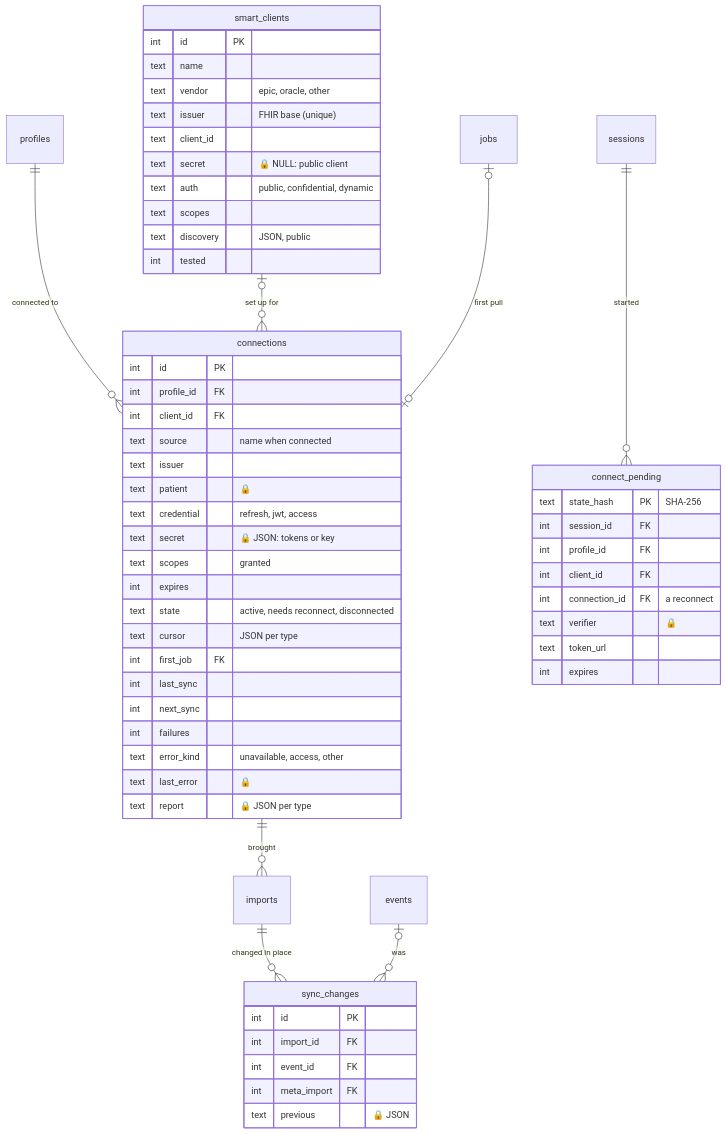
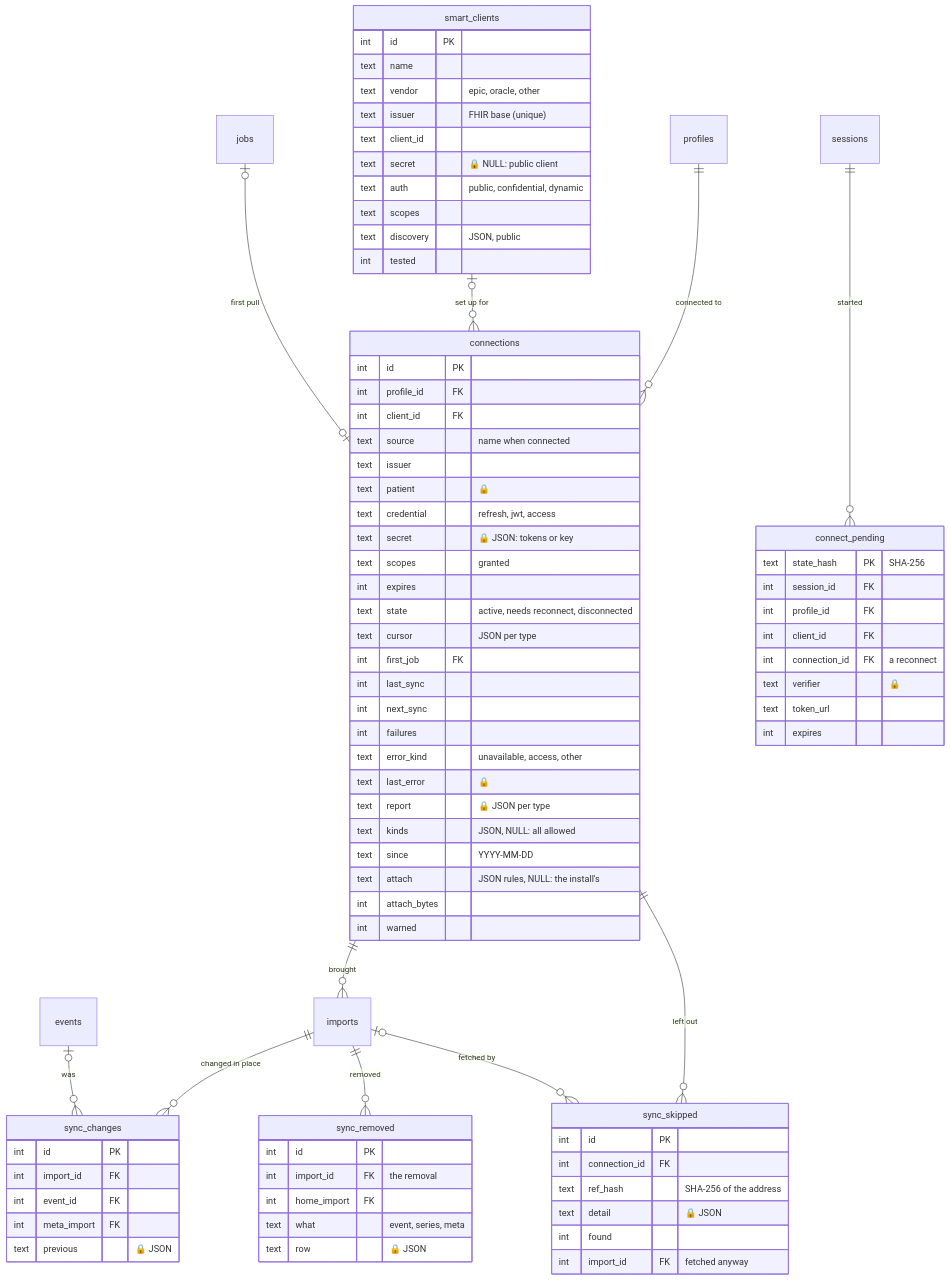
One commit to sanguity/sanguity changed the fifth of 6 diagrams in docs/database.md. Above: the diagram before and after it, drawn with Mermaid. The commit also changed other lines of this file and 21 other files, not shown here.

```diff
--- a/docs/database.md
+++ b/docs/database.md
@@ -336,6 +356,9 @@
     smart_clients |o--o{ connections : "set up for"
     connections ||--o{ imports : "brought"
     imports ||--o{ sync_changes : "changed in place"
+    connections ||--o{ sync_skipped : "left out"
+    imports |o--o{ sync_skipped : "fetched by"
+    imports ||--o{ sync_removed : "removed"
     events |o--o{ sync_changes : "was"
     sessions ||--o{ connect_pending : "started"
     jobs |o--o| connections : "first pull"
@@ -372,6 +395,26 @@
         text error_kind "unavailable, access, other"
         text last_error "🔒"
         text report "🔒 JSON per type"
+        text kinds "JSON, NULL: all allowed"
+        text since "YYYY-MM-DD"
+        text attach "JSON rules, NULL: the install's"
+        int attach_bytes
+        int warned
+    }
+    sync_skipped {
+        int id PK
+        int connection_id FK
+        text ref_hash "SHA-256 of the address"
+        text detail "🔒 JSON"
+        int found
+        int import_id FK "fetched anyway"
+    }
+    sync_removed {
+        int id PK
+        int import_id FK "the removal"
+        int home_import FK
+        text what "event, series, meta"
+        text row "🔒 JSON"
     }
     connect_pending {
         text state_hash PK "SHA-256"
```
